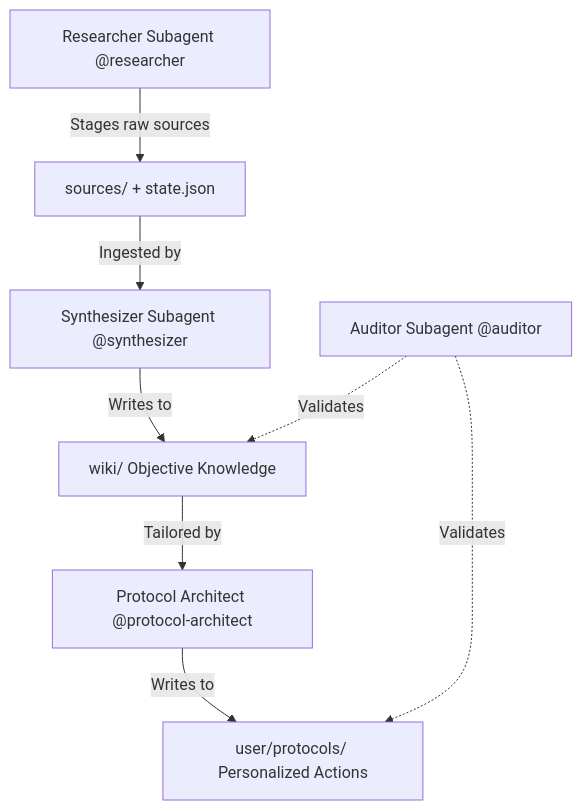
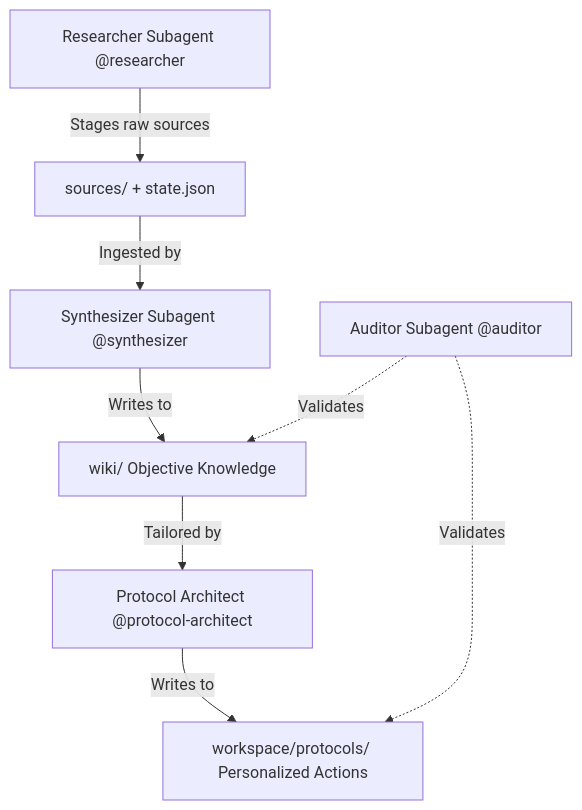
The diagram in README.md (XicuM/Podarcis), drawn with Mermaid before and after one commit. The commit also changed other lines of this file and 29 other files, not shown here.

````diff
--- a/README.md
+++ b/README.md
@@ -11,10 +11,10 @@
 ```mermaid
 graph TD
     Researcher[Researcher Subagent @researcher] -->|Stages raw sources| Sources[sources/ + state.json]
     Sources -->|Ingested by| Synthesizer[Synthesizer Subagent @synthesizer]
     Synthesizer -->|Writes to| Wiki[wiki/ Objective Knowledge]
     Wiki -->|Tailored by| Architect[Protocol Architect @protocol-architect]
-    Architect -->|Writes to| Protocols[user/protocols/ Personalized Actions]
+    Architect -->|Writes to| Protocols[workspace/protocols/ Personalized Actions]
     Auditor[Auditor Subagent @auditor] -.->|Validates| Wiki
     Auditor -.->|Validates| Protocols
 ```
````
